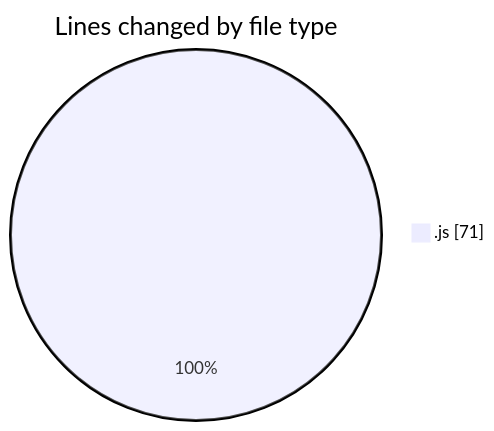
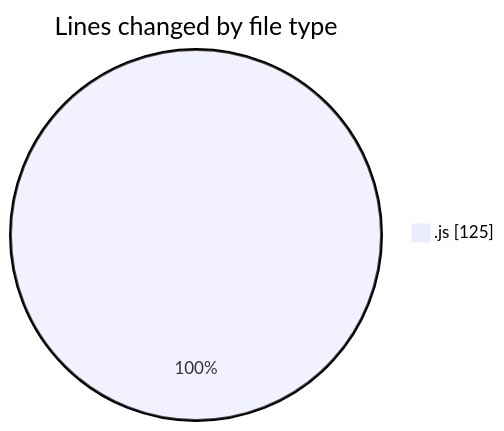
Before and after one commit to nxtqubesakshisongat/code-tracking: the first of 2 diagrams in 2025-04-09/nxtqube_webapp/README.md, drawn with Mermaid. The commit also changed other lines of this file and 1 other file, not shown here.

````diff
--- a/2025-04-09/nxtqube_webapp/README.md
+++ b/2025-04-09/nxtqube_webapp/README.md
@@ -20,5 +21,5 @@
 ```mermaid
 pie showData
 title Lines changed by file type
-".js" : 71
+".js" : 125
 ```
````
